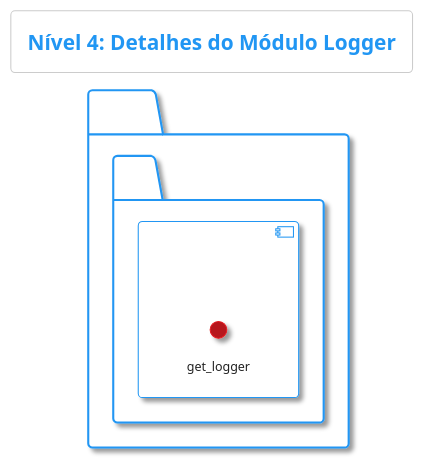
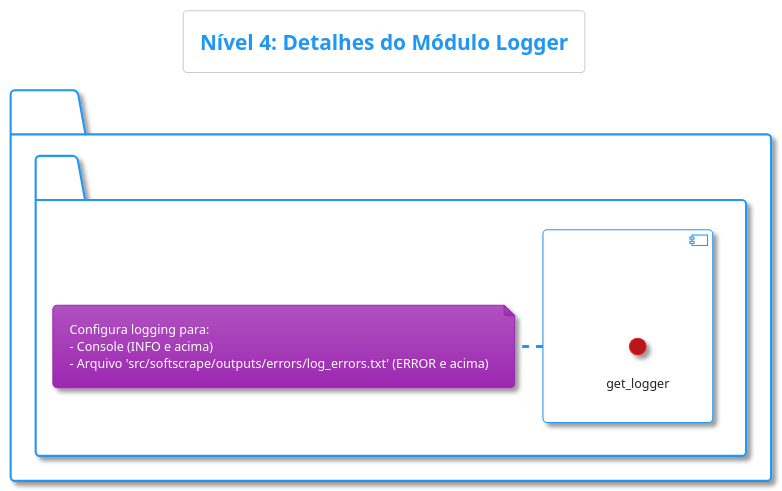
One commit to italomanzine/SoftScrape changed the diagram in docs/c4_level4_logger.puml. Above: the diagram before and after it, drawn with PlantUML. The commit also changed 12 other files, not shown here.

Commit message:
feat: Enhance SoftScrape functionality with Google Scholar support, improved metadata extraction, and error logging

```diff
--- a/docs/c4_level4_logger.puml
+++ b/docs/c4_level4_logger.puml
@@ -1,13 +1,18 @@
 @startuml Logger_Module_Details
 !theme materia
 skinparam linetype ortho
 skinparam BackgroundColor White
 
 title Nível 4: Detalhes do Módulo Logger
 
 package "logger.py" {
   component "Funções de Logging" {
     () get_logger
   }
+  note right of "Funções de Logging"
+    Configura logging para:
+    - Console (INFO e acima)
+    - Arquivo 'src/softscrape/outputs/errors/log_errors.txt' (ERROR e acima)
+  end note
 }
 @enduml
```
